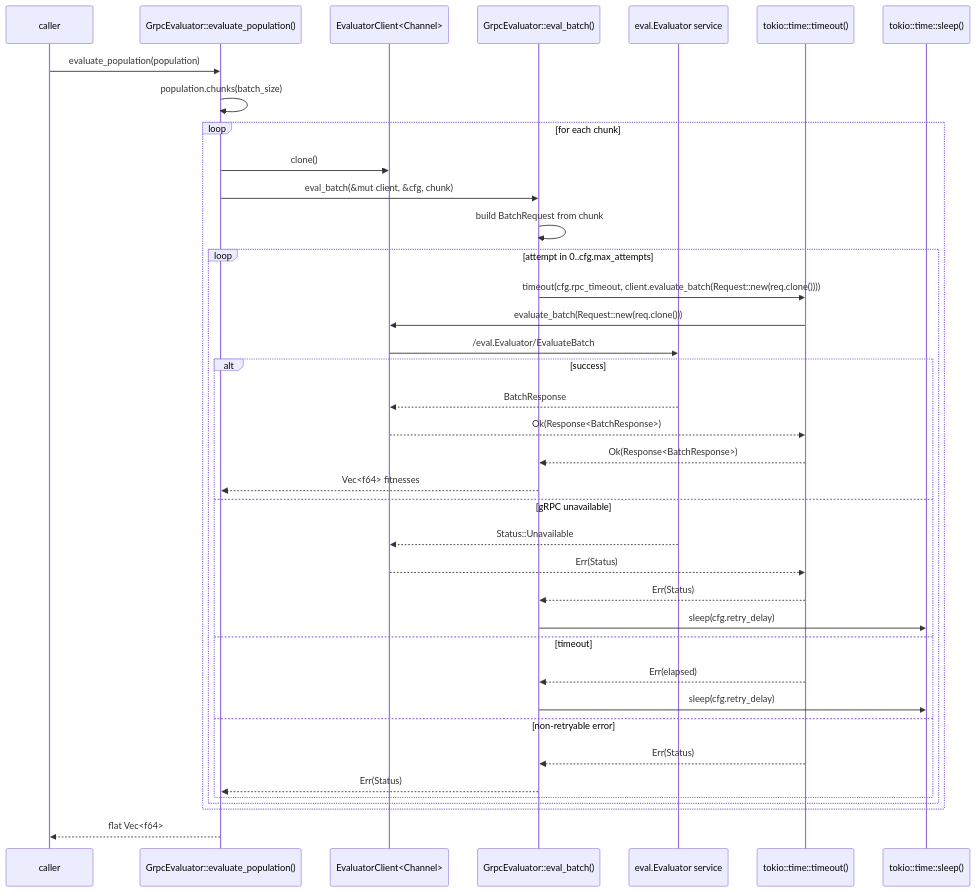
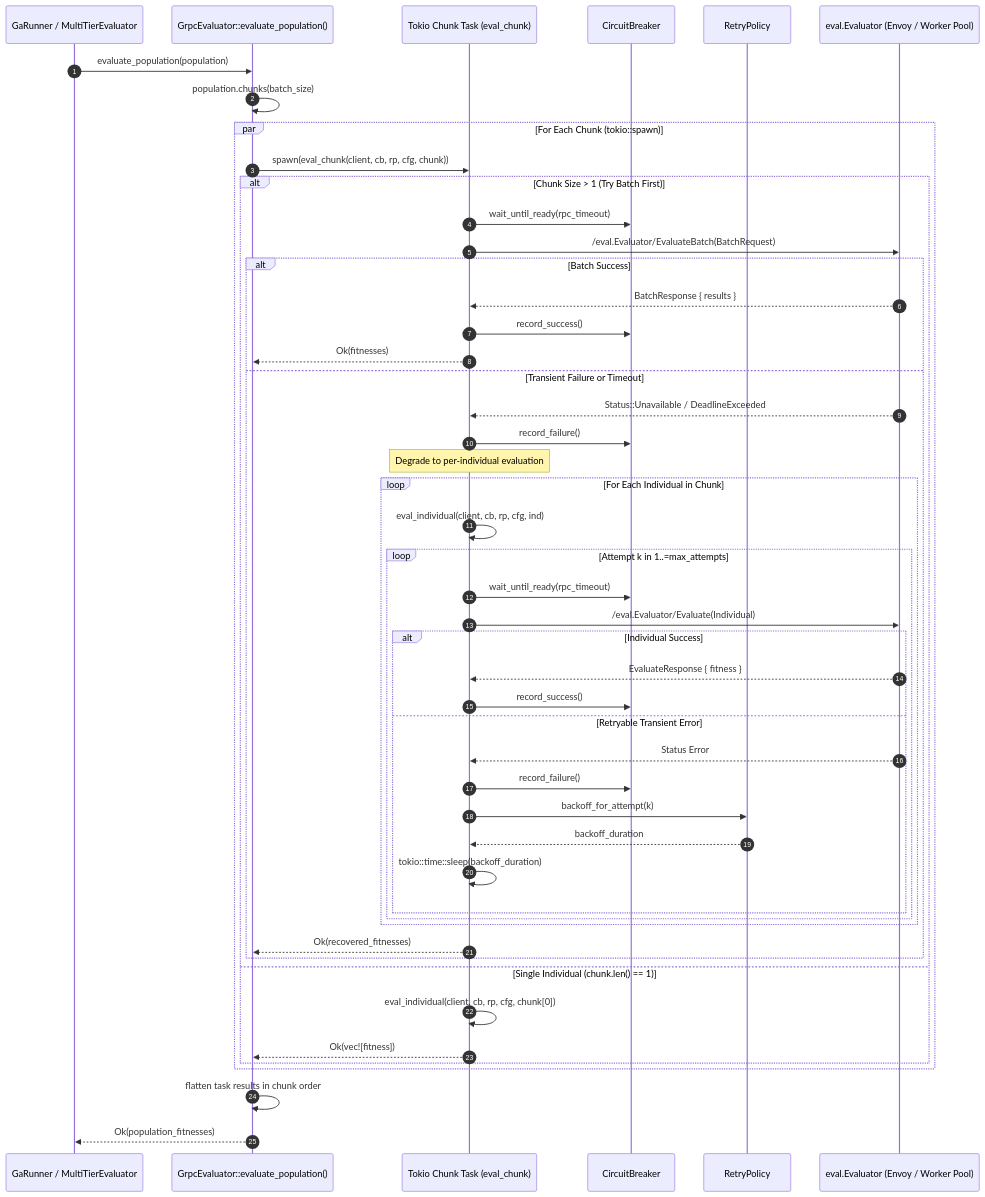
One commit to Mauragkas/thesis_grpc_lead_dga_cfd changed the diagram in orchestrator/docs/sequence-diagrams/evaluation/sequence.mmd. Above: the diagram before and after it, drawn with Mermaid. The commit also changed 37 other files, not shown here.

First line of the commit message:
docs(architecture): synchronize domain models, use cases, and sequence diagrams with codebase

```diff
--- a/orchestrator/docs/sequence-diagrams/evaluation/sequence.mmd
+++ b/orchestrator/docs/sequence-diagrams/evaluation/sequence.mmd
@@ -1,44 +1,55 @@
 sequenceDiagram
-    participant Caller as caller
+    autonumber
+    participant Caller as GaRunner / MultiTierEvaluator
     participant Eval as GrpcEvaluator::evaluate_population()
-    participant Client as EvaluatorClient<Channel>
-    participant Batch as GrpcEvaluator::eval_batch()
-    participant Remote as eval.Evaluator service
-    participant Timer as tokio::time::timeout()
-    participant Sleep as tokio::time::sleep()
+    participant Task as Tokio Chunk Task (eval_chunk)
+    participant CB as CircuitBreaker
+    participant RP as RetryPolicy
+    participant Remote as eval.Evaluator (Envoy / Worker Pool)
 
     Caller->>Eval: evaluate_population(population)
     Eval->>Eval: population.chunks(batch_size)
 
-    loop for each chunk
-        Eval->>Client: clone()
-        Eval->>Batch: eval_batch(&mut client, &cfg, chunk)
-
-        Batch->>Batch: build BatchRequest from chunk
-
-        loop attempt in 0..cfg.max_attempts
-            Batch->>Timer: timeout(cfg.rpc_timeout, client.evaluate_batch(Request::new(req.clone())))
-            Timer->>Client: evaluate_batch(Request::new(req.clone()))
-            Client->>Remote: /eval.Evaluator/EvaluateBatch
-
-            alt success
-                Remote-->>Client: BatchResponse
-                Client-->>Timer: Ok(Response<BatchResponse>)
-                Timer-->>Batch: Ok(Response<BatchResponse>)
-                Batch-->>Eval: Vec<f64> fitnesses
-            else gRPC unavailable
-                Remote-->>Client: Status::Unavailable
-                Client-->>Timer: Err(Status)
-                Timer-->>Batch: Err(Status)
-                Batch->>Sleep: sleep(cfg.retry_delay)
-            else timeout
-                Timer-->>Batch: Err(elapsed)
-                Batch->>Sleep: sleep(cfg.retry_delay)
-            else non-retryable error
-                Timer-->>Batch: Err(Status)
-                Batch-->>Eval: Err(Status)
+    par For Each Chunk (tokio::spawn)
+        Eval->>Task: spawn(eval_chunk(client, cb, rp, cfg, chunk))
+        
+        alt Chunk Size > 1 (Try Batch First)
+            Task->>CB: wait_until_ready(rpc_timeout)
+            Task->>Remote: /eval.Evaluator/EvaluateBatch(BatchRequest)
+            
+            alt Batch Success
+                Remote-->>Task: BatchResponse { results }
+                Task->>CB: record_success()
+                Task-->>Eval: Ok(fitnesses)
+            else Transient Failure or Timeout
+                Remote-->>Task: Status::Unavailable / DeadlineExceeded
+                Task->>CB: record_failure()
+                Note over Task: Degrade to per-individual evaluation
+                
+                loop For Each Individual in Chunk
+                    Task->>Task: eval_individual(client, cb, rp, cfg, ind)
+                    loop Attempt k in 1..=max_attempts
+                        Task->>CB: wait_until_ready(rpc_timeout)
+                        Task->>Remote: /eval.Evaluator/Evaluate(Individual)
+                        alt Individual Success
+                            Remote-->>Task: EvaluateResponse { fitness }
+                            Task->>CB: record_success()
+                        else Retryable Transient Error
+                            Remote-->>Task: Status Error
+                            Task->>CB: record_failure()
+                            Task->>RP: backoff_for_attempt(k)
+                            RP-->>Task: backoff_duration
+                            Task->>Task: tokio::time::sleep(backoff_duration)
+                        end
+                    end
+                end
+                Task-->>Eval: Ok(recovered_fitnesses)
             end
+        else Single Individual (chunk.len() == 1)
+            Task->>Task: eval_individual(client, cb, rp, cfg, chunk[0])
+            Task-->>Eval: Ok(vec![fitness])
         end
     end
 
-    Eval-->>Caller: flat Vec<f64>
+    Eval->>Eval: flatten task results in chunk order
+    Eval-->>Caller: Ok(population_fitnesses)
```
